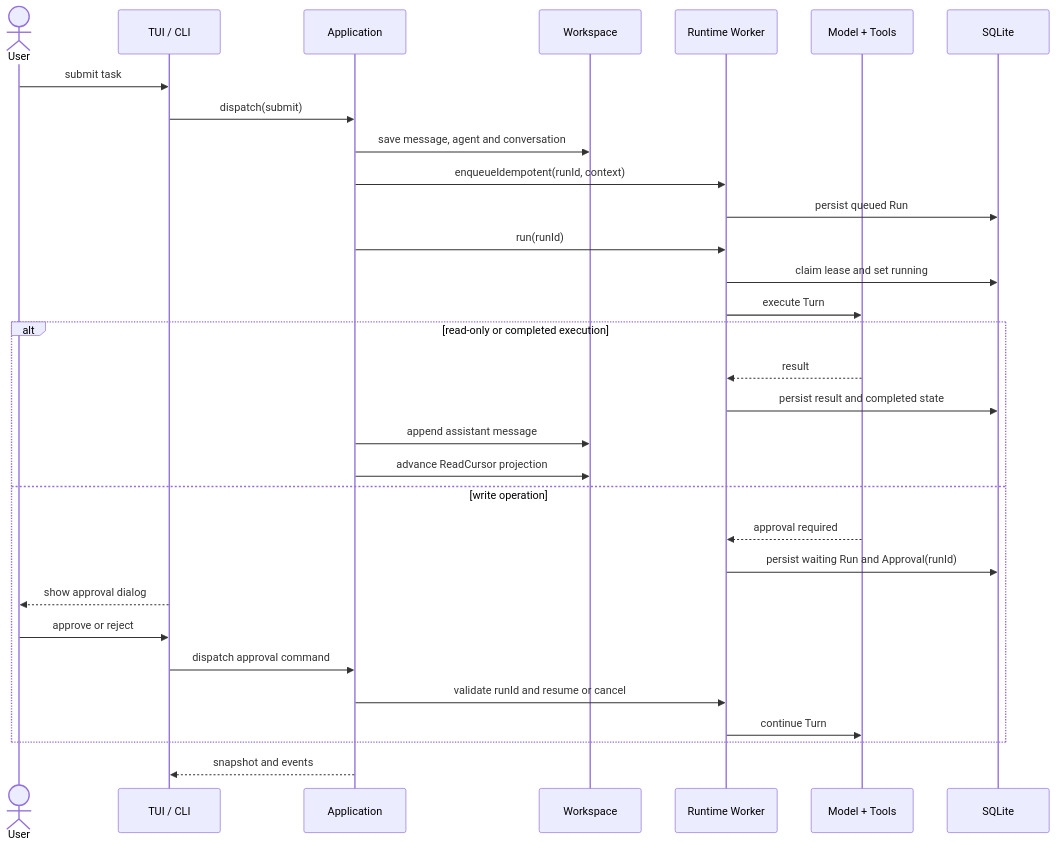
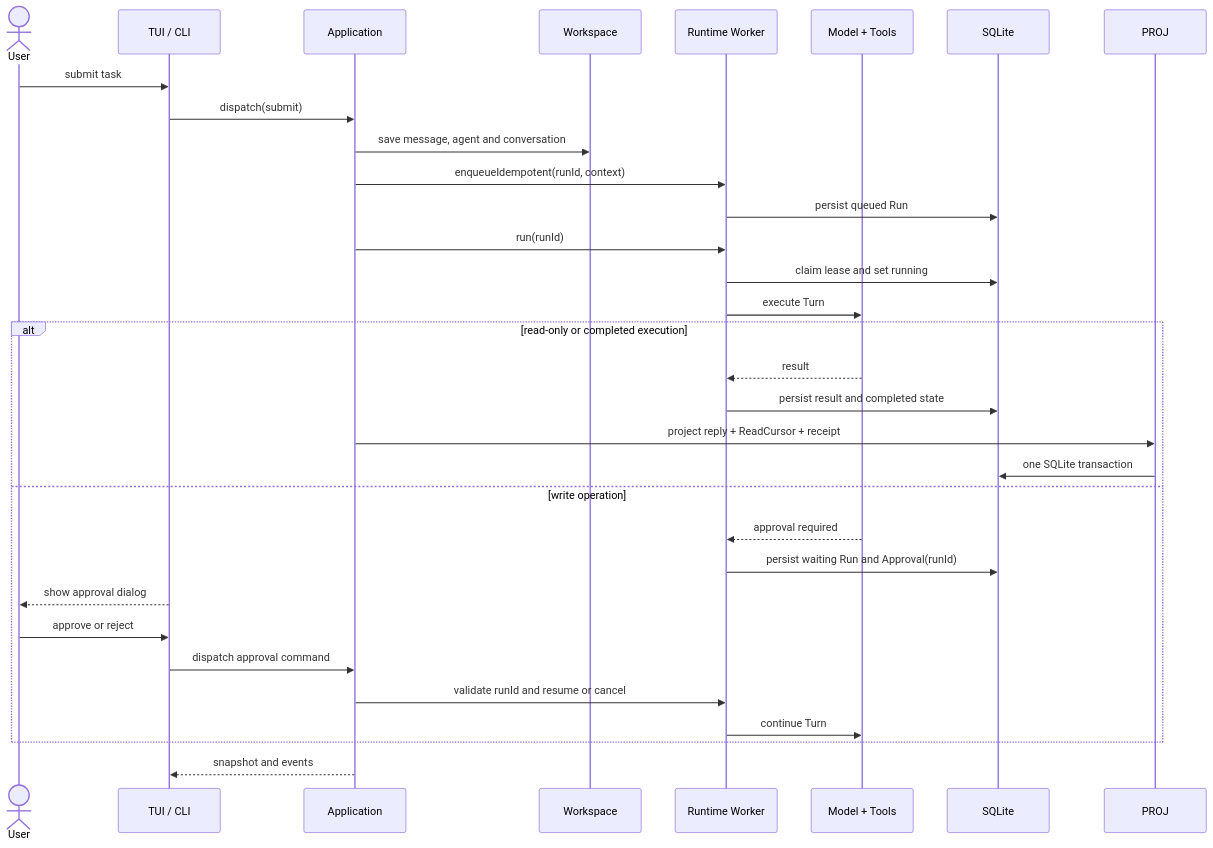
The second of 3 diagrams in docs/ARCHITECTURE.md (ShawnDen-coder/fastmpa), drawn with Mermaid before and after one commit. The commit also changed other lines of this file and 1 other file, not shown here.

Commit message:
docs(architecture): record V1 convergence plan

````diff
--- a/docs/ARCHITECTURE.md
+++ b/docs/ARCHITECTURE.md
@@ -32,34 +36,34 @@
 ```mermaid
 sequenceDiagram
     actor User
     participant UI as TUI / CLI
     participant App as Application
     participant WS as Workspace
     participant RT as Runtime Worker
     participant Model as Model + Tools
     participant DB as SQLite
 
     User->>UI: submit task
     UI->>App: dispatch(submit)
     App->>WS: save message, agent and conversation
     App->>RT: enqueueIdempotent(runId, context)
     RT->>DB: persist queued Run
     App->>RT: run(runId)
     RT->>DB: claim lease and set running
     RT->>Model: execute Turn
     alt read-only or completed execution
         Model-->>RT: result
         RT->>DB: persist result and completed state
-        App->>WS: append assistant message
-        App->>WS: advance ReadCursor projection
+        App->>PROJ: project reply + ReadCursor + receipt
+        PROJ->>DB: one SQLite transaction
     else write operation
         Model-->>RT: approval required
         RT->>DB: persist waiting Run and Approval(runId)
         UI-->>User: show approval dialog
         User->>UI: approve or reject
         UI->>App: dispatch approval command
         App->>RT: validate runId and resume or cancel
         RT->>Model: continue Turn
     end
     App-->>UI: snapshot and events
 ```
````
